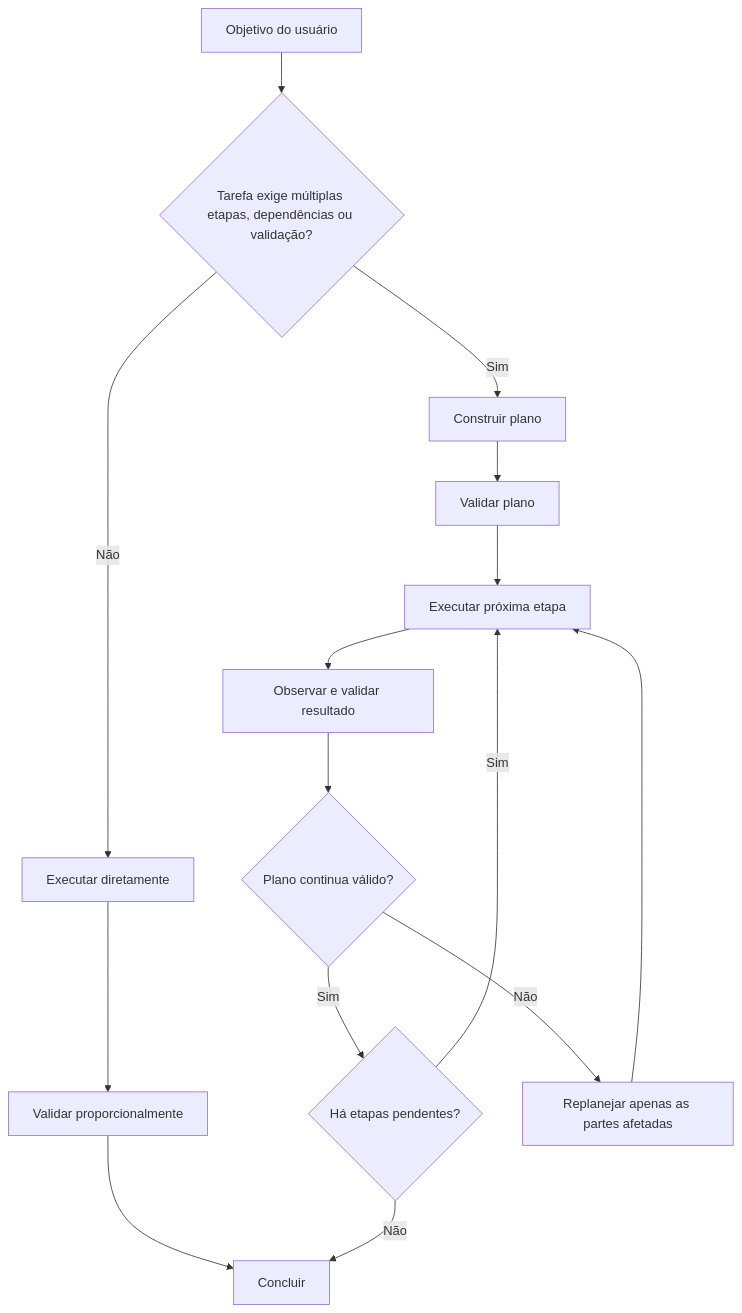
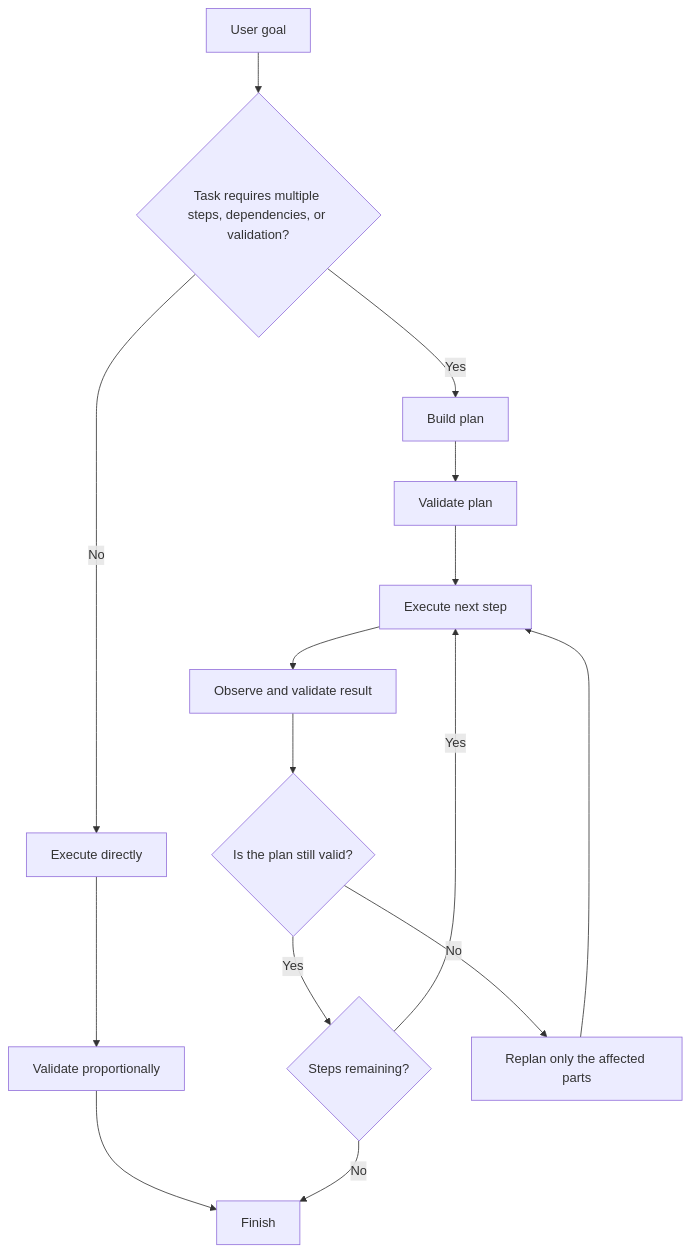
Before and after one commit to rpelizza/PelizzAI: the first of 3 diagrams in dist/.claude/skills/pelizzai-reasoning/techniques/plan-and-execute.md, drawn with Mermaid. The commit also changed other lines of this file and 362 other files, not shown here.

````diff
--- a/dist/.claude/skills/pelizzai-reasoning/techniques/plan-and-execute.md
+++ b/dist/.claude/skills/pelizzai-reasoning/techniques/plan-and-execute.md
@@ -32,21 +32,21 @@
 ```mermaid
 flowchart TD
-    A[Objetivo do usuário] --> B{Tarefa exige múltiplas etapas, dependências ou validação?}
+    A[User goal] --> B{Task requires multiple steps, dependencies, or validation?}
 
-    B -- Não --> C[Executar diretamente]
-    C --> D[Validar proporcionalmente]
-    D --> E[Concluir]
+    B -- No --> C[Execute directly]
+    C --> D[Validate proportionally]
+    D --> E[Finish]
 
-    B -- Sim --> F[Construir plano]
-    F --> G[Validar plano]
-    G --> H[Executar próxima etapa]
-    H --> I[Observar e validar resultado]
-    I --> J{Plano continua válido?}
+    B -- Yes --> F[Build plan]
+    F --> G[Validate plan]
+    G --> H[Execute next step]
+    H --> I[Observe and validate result]
+    I --> J{Is the plan still valid?}
 
-    J -- Sim --> K{Há etapas pendentes?}
-    K -- Sim --> H
-    K -- Não --> E
+    J -- Yes --> K{Steps remaining?}
+    K -- Yes --> H
+    K -- No --> E
 
-    J -- Não --> L[Replanejar apenas as partes afetadas]
+    J -- No --> L[Replan only the affected parts]
     L --> H
 ```
````
